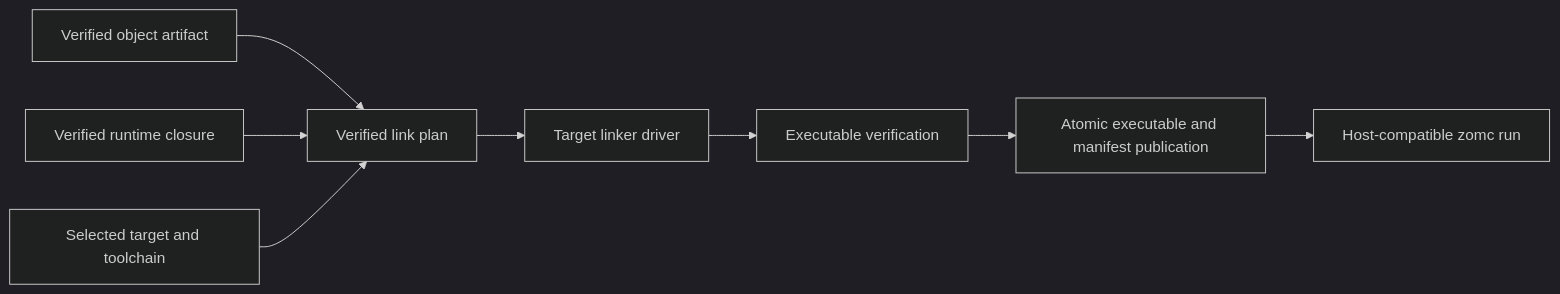
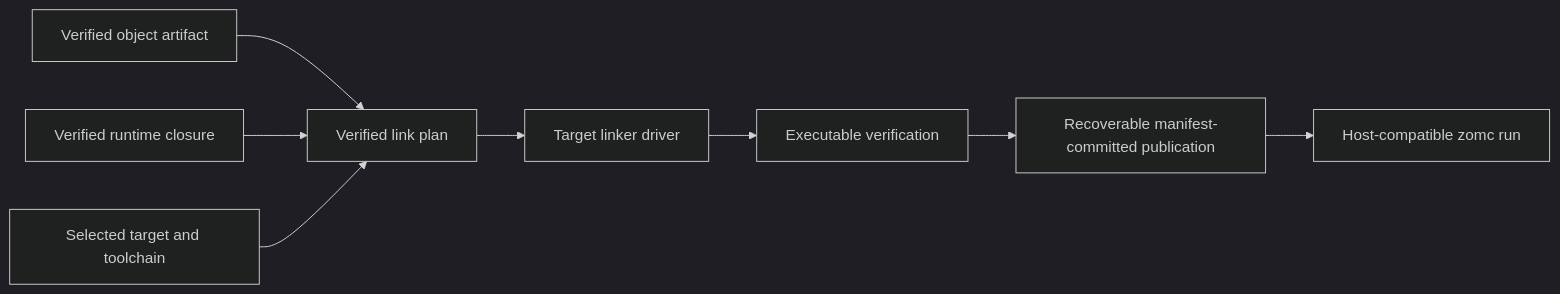
Before and after one commit to Zzzode/ZOM: the diagram in docs/rfc/0043-platform-link-and-executable-publication.md, drawn with Mermaid (dark theme). The commit also changed other lines of this file and 1 other file, not shown here.

````diff
--- a/docs/rfc/0043-platform-link-and-executable-publication.md
+++ b/docs/rfc/0043-platform-link-and-executable-publication.md
@@ -141,10 +145,10 @@
 ```mermaid
 flowchart LR
     object["Verified object artifact"] --> plan["Verified link plan"]
     runtime["Verified runtime closure"] --> plan
     target["Selected target and toolchain"] --> plan
     plan --> driver["Target linker driver"]
     driver --> verify["Executable verification"]
-    verify --> publish["Atomic executable and manifest publication"]
+    verify --> publish["Recoverable manifest-committed publication"]
     publish --> run["Host-compatible zomc run"]
 ```
````
